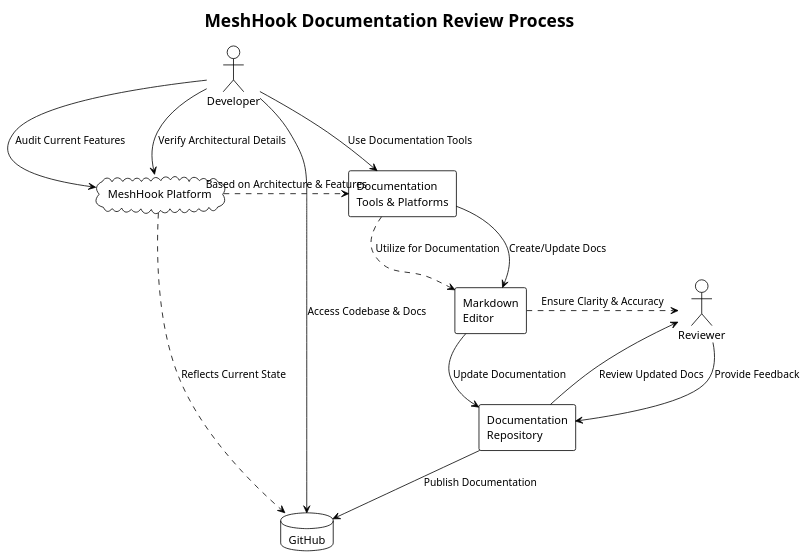
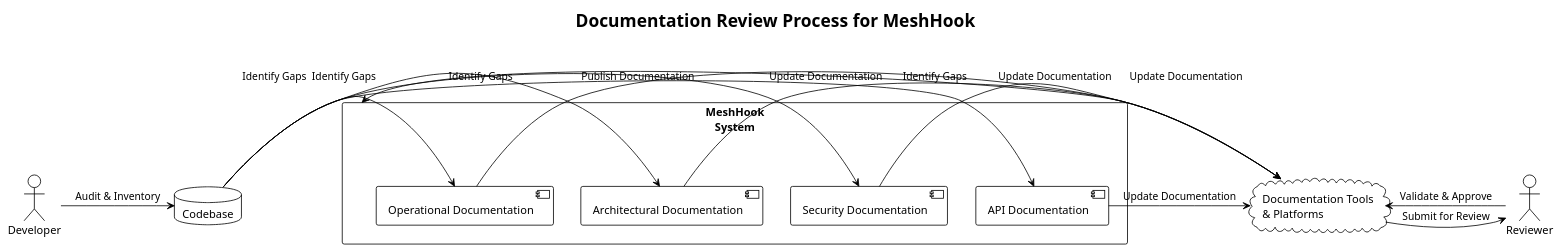
One commit to profullstack/meshhook changed the diagram in docs/PRDs/220-documentation-review.puml. Above: the diagram before and after it, drawn with PlantUML. The commit also changed 16 other files, not shown here.

```diff
--- a/docs/PRDs/220-documentation-review.puml
+++ b/docs/PRDs/220-documentation-review.puml
@@ -1,29 +1,33 @@
 @startuml
 !theme plain
 
-title MeshHook Documentation Review Process
+title Documentation Review Process for MeshHook
 
 actor Developer as dev
-actor Reviewer
-database GitHub as git
-cloud "MeshHook Platform" as meshhook
-rectangle "Documentation\nTools & Platforms" as tools
-rectangle "Markdown\nEditor" as markdown
-rectangle "Documentation\nRepository" as docsRepo
+actor Reviewer as rev
+database Codebase as code
+cloud "Documentation Tools\n& Platforms" as tools
+rectangle "MeshHook\nSystem" as system {
+  component "API Documentation" as apidoc
+  component "Security Documentation" as secdoc
+  component "Architectural Documentation" as arcdoc
+  component "Operational Documentation" as opdoc
+}
 
-dev --> meshhook : Audit Current Features
-dev --> meshhook : Verify Architectural Details
-dev --> git : Access Codebase & Docs
-dev --> tools : Use Documentation Tools
-tools --> markdown : Create/Update Docs
-markdown --> docsRepo : Update Documentation
-docsRepo --> Reviewer : Review Updated Docs
-Reviewer --> docsRepo : Provide Feedback
-docsRepo --> git : Publish Documentation
+dev -> code : Audit & Inventory
+code -> apidoc : Identify Gaps
+code -> secdoc : Identify Gaps
+code -> arcdoc : Identify Gaps
+code -> opdoc : Identify Gaps
 
-meshhook .> git : Reflects Current State
-meshhook .> tools : Based on Architecture & Features
-tools .> markdown : Utilize for Documentation
-markdown .> Reviewer : Ensure Clarity & Accuracy
+apidoc -> tools : Update Documentation
+secdoc -> tools : Update Documentation
+arcdoc -> tools : Update Documentation
+opdoc -> tools : Update Documentation
+
+tools -> rev : Submit for Review
+rev -> tools : Validate & Approve
+
+tools --> system : Publish Documentation
 
 @enduml
```
